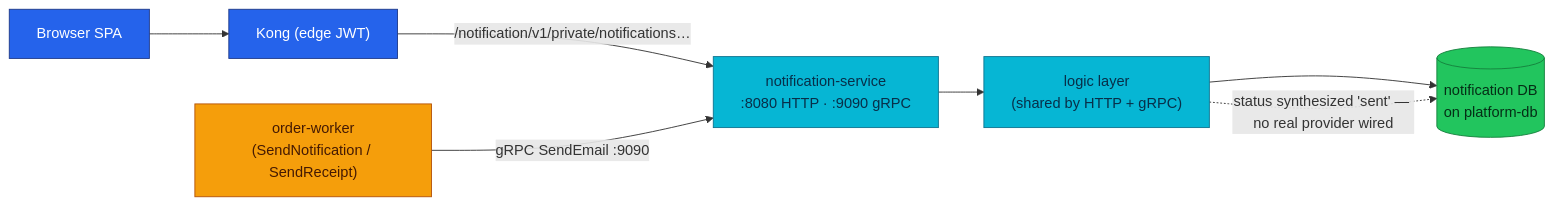
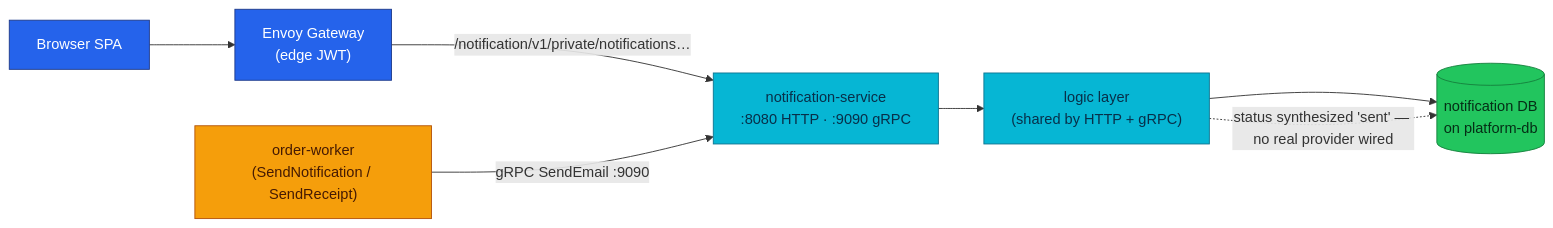
One commit to duynhlab/homelab changed the diagram in docs/api/notification.md. Above: the diagram before and after it, drawn with Mermaid. The commit also changed other lines of this file and 28 other files, not shown here.

````diff
--- a/docs/api/notification.md
+++ b/docs/api/notification.md
@@ -55,18 +55,18 @@
 ```mermaid
 flowchart LR
-    SPA["Browser SPA"] --> Kong["Kong (edge JWT)"]
-    Kong -->|"/notification/v1/private/notifications…"| NOTIF["notification-service<br/>:8080 HTTP · :9090 gRPC"]
+    SPA["Browser SPA"] --> Edge["Envoy Gateway<br/>(edge JWT)"]
+    Edge -->|"/notification/v1/private/notifications…"| NOTIF["notification-service<br/>:8080 HTTP · :9090 gRPC"]
     Worker["order-worker<br/>(SendNotification / SendReceipt)"] -->|"gRPC SendEmail :9090"| NOTIF
     NOTIF --> Logic["logic layer<br/>(shared by HTTP + gRPC)"]
     Logic --> DB[("notification DB<br/>on platform-db")]
     Logic -.->|"status synthesized 'sent' — no real provider wired"| DB
 
     classDef edge fill:#2563eb,color:#fff,stroke:#1e3a8a;
     classDef service fill:#06b6d4,color:#082f49,stroke:#0e7490;
     classDef worker fill:#f59e0b,color:#451a03,stroke:#b45309;
     classDef data fill:#22c55e,color:#052e16,stroke:#15803d;
-    class SPA,Kong edge;
+    class SPA,Edge edge;
     class NOTIF,Logic service;
     class Worker worker;
     class DB data;
 ```
````
